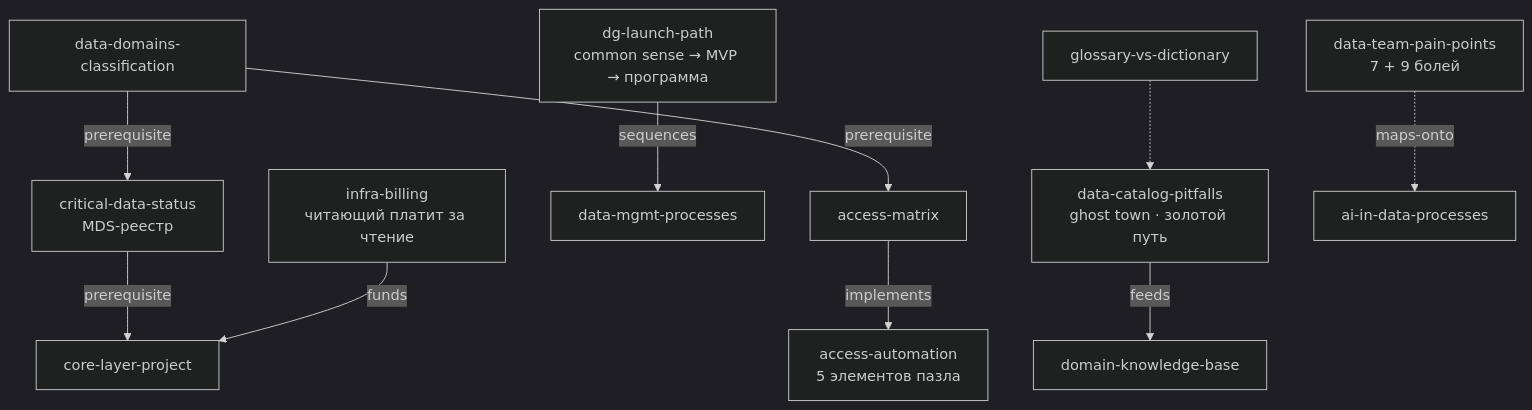
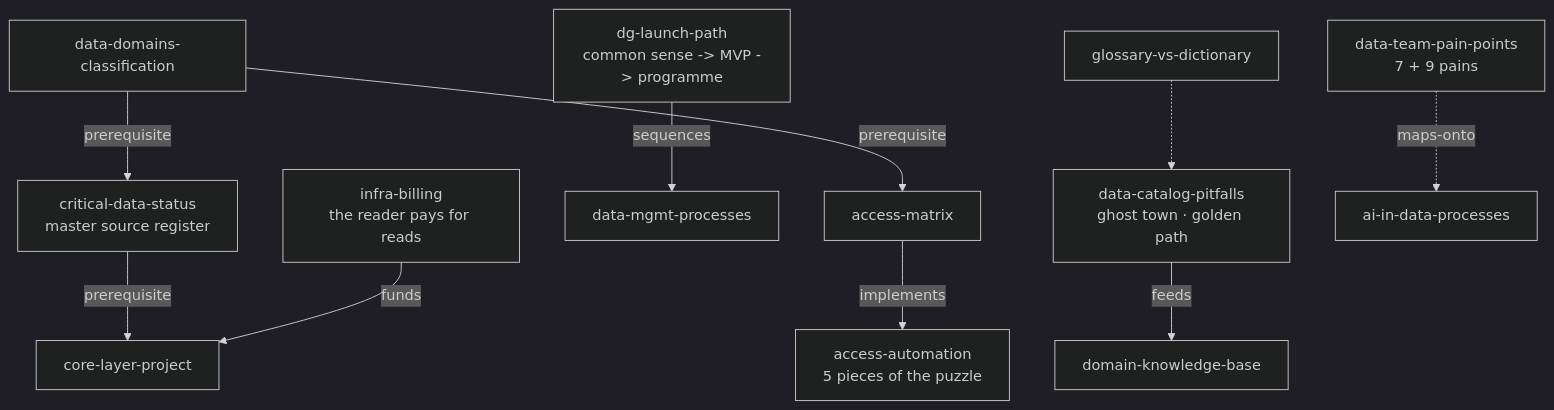
The seventh of 10 diagrams in references/kb/30-graph.md (alexbarakov/BI-strategy-self-consulting-agent), drawn with Mermaid (dark theme) before and after one commit. The commit also changed other lines of this file, not shown here.

Commit message:
Translate the visual theme graph (batch 3, part 2)

````diff
--- a/references/kb/30-graph.md
+++ b/references/kb/30-graph.md
@@ -165,12 +165,12 @@
 ```mermaid
 flowchart TB
-  DD["data-domains-classification"] -->|prerequisite| CDS["critical-data-status<br/>MDS-реестр"]
+  DD["data-domains-classification"] -->|prerequisite| CDS["critical-data-status<br/>master source register"]
   DD -->|prerequisite| AM["access-matrix"]
-  AM -->|implements| AA["access-automation<br/>5 элементов пазла"]
+  AM -->|implements| AA["access-automation<br/>5 pieces of the puzzle"]
   CDS -->|prerequisite| CORE["core-layer-project"]
-  DGL["dg-launch-path<br/>common sense → MVP → программа"] -->|sequences| DMP["data-mgmt-processes"]
-  CAT["data-catalog-pitfalls<br/>ghost town · золотой путь"] -->|feeds| DKB["domain-knowledge-base"]
-  BILL["infra-billing<br/>читающий платит за чтение"] -->|funds| CORE
-  PAIN["data-team-pain-points<br/>7 + 9 болей"] -.->|maps-onto| AID["ai-in-data-processes"]
+  DGL["dg-launch-path<br/>common sense -> MVP -> programme"] -->|sequences| DMP["data-mgmt-processes"]
+  CAT["data-catalog-pitfalls<br/>ghost town · golden path"] -->|feeds| DKB["domain-knowledge-base"]
+  BILL["infra-billing<br/>the reader pays for reads"] -->|funds| CORE
+  PAIN["data-team-pain-points<br/>7 + 9 pains"] -.->|maps-onto| AID["ai-in-data-processes"]
   GLO["glossary-vs-dictionary"] -.-> CAT
 ```
````
